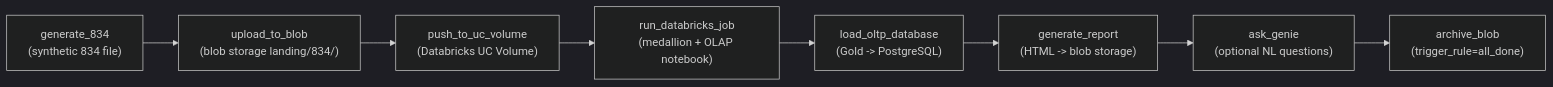
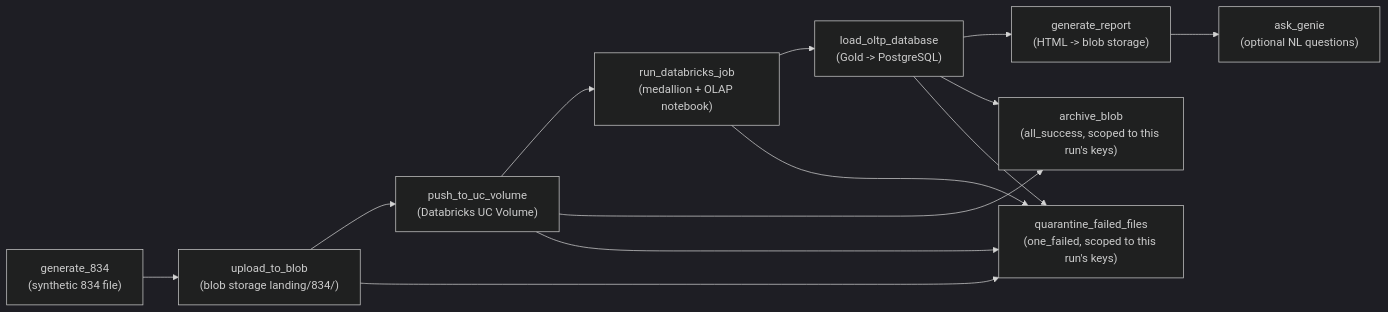
One commit to sivabala21/MedEnroll834 changed the diagram in docs-site/docs/21-airflow-dag-implementation.md. Above: the diagram before and after it, drawn with Mermaid (dark theme). The commit also changed other lines of this file and 34 other files, not shown here.

````diff
--- a/docs-site/docs/21-airflow-dag-implementation.md
+++ b/docs-site/docs/21-airflow-dag-implementation.md
@@ -31,10 +31,15 @@
 ```mermaid
 flowchart LR
     A["generate_834<br/>(synthetic 834 file)"] --> B["upload_to_blob<br/>(blob storage landing/834/)"]
     B --> C["push_to_uc_volume<br/>(Databricks UC Volume)"]
     C --> D["run_databricks_job<br/>(medallion + OLAP notebook)"]
     D --> E["load_oltp_database<br/>(Gold -> PostgreSQL)"]
     E --> F["generate_report<br/>(HTML -> blob storage)"]
     F --> G["ask_genie<br/>(optional NL questions)"]
-    G --> H["archive_blob<br/>(trigger_rule=all_done)"]
+    C --> H["archive_blob<br/>(all_success, scoped to this run's keys)"]
+    E --> H
+    B --> I["quarantine_failed_files<br/>(one_failed, scoped to this run's keys)"]
+    C --> I
+    D --> I
+    E --> I
 ```
````
